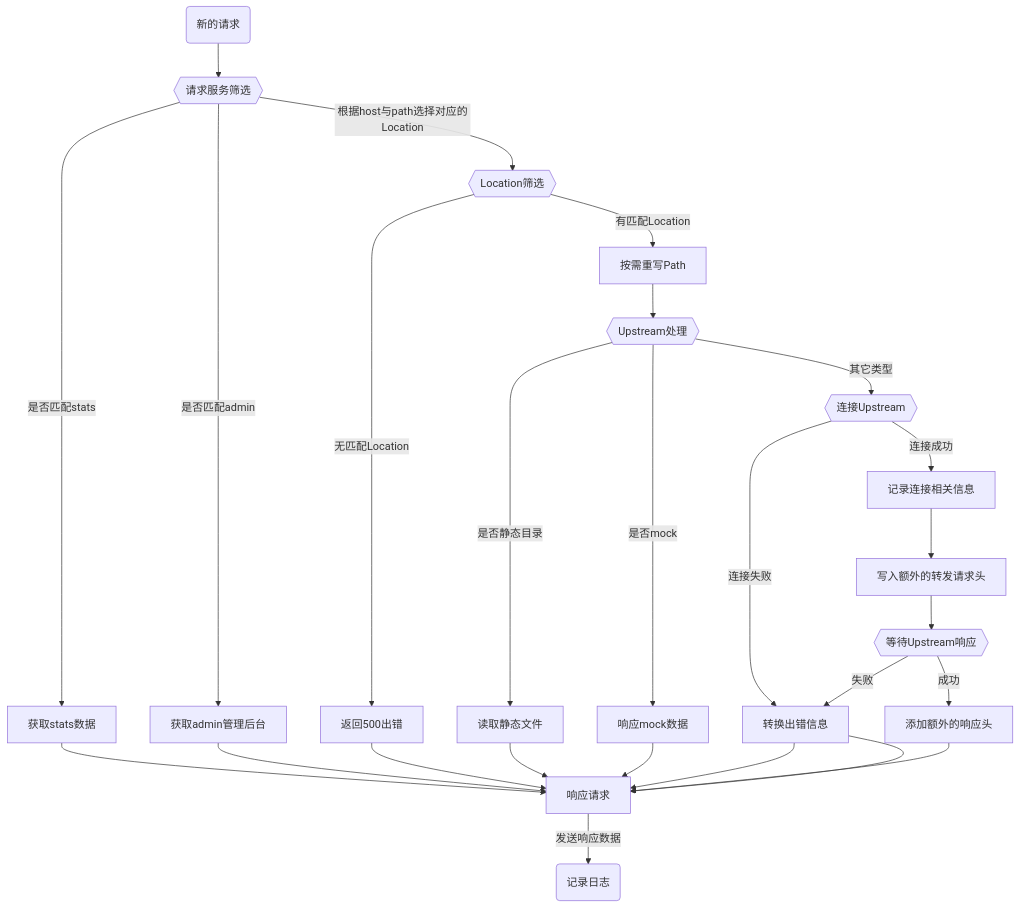
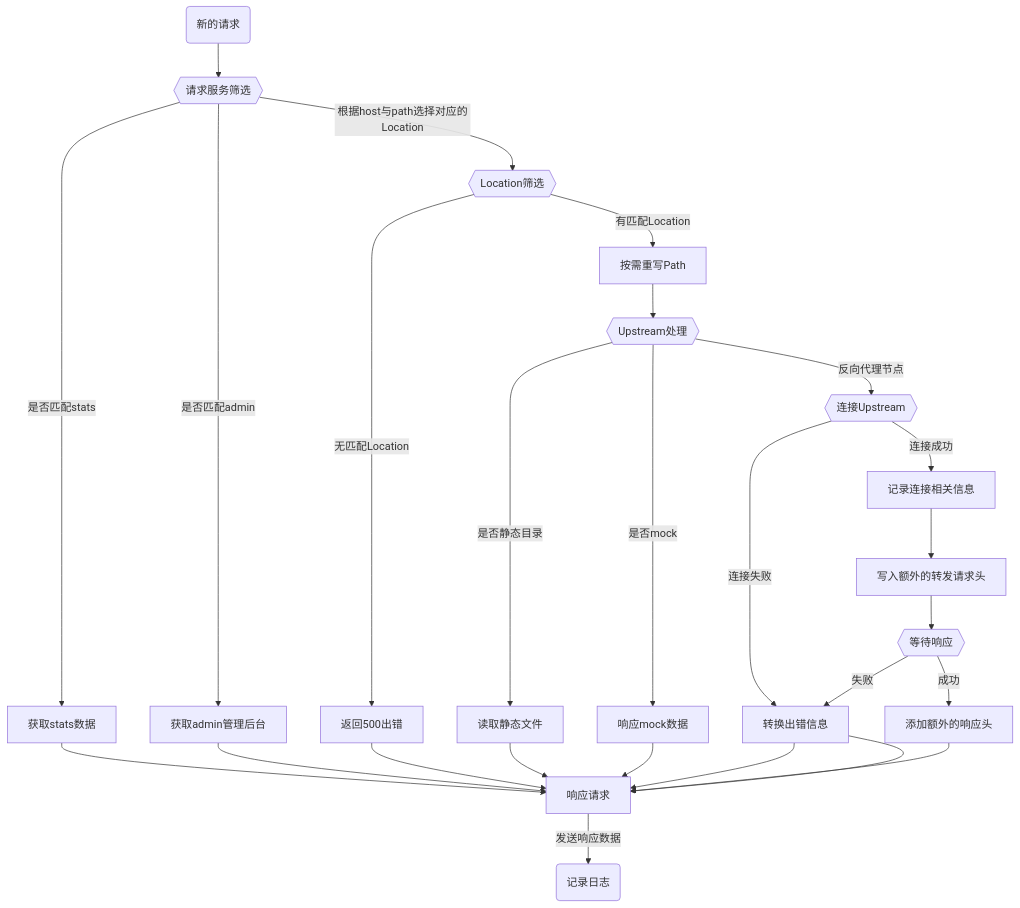
One commit to vicanso/pingap changed the diagram in docs/phase_chart_zh.md. Above: the diagram before and after it, drawn with Mermaid. The commit also changed 28 other files, not shown here.

````diff
--- a/docs/phase_chart_zh.md
+++ b/docs/phase_chart_zh.md
@@ -5,18 +5,18 @@
 ```mermaid
 graph TD;
     start("新的请求")-->ServiceFilter{{请求服务筛选}};
     ServiceFilter--是否匹配stats-->获取stats数据-->响应请求;
     ServiceFilter--是否匹配admin-->获取admin管理后台-->响应请求;
     ServiceFilter--根据host与path选择对应的Location-->LocationFilter{{Location筛选}};
     LocationFilter--无匹配Location-->返回500出错-->响应请求;
     LocationFilter--有匹配Location-->按需重写Path-->UpstreamHandle{{Upstream处理}};
     UpstreamHandle--是否静态目录-->读取静态文件-->响应请求;
     UpstreamHandle--是否mock-->响应mock数据-->响应请求;
-    UpstreamHandle--其它类型-->UpstreamServe{{连接Upstream}};
+    UpstreamHandle--反向代理节点-->UpstreamServe{{连接Upstream}};
     UpstreamServe--连接失败-->转换出错信息-->响应请求;
-    UpstreamServe--连接成功-->记录连接相关信息-->写入额外的转发请求头-->UpstreamResponse{{等待Upstream响应}};
+    UpstreamServe--连接成功-->记录连接相关信息-->写入额外的转发请求头-->UpstreamResponse{{等待响应}};
     UpstreamResponse--成功-->添加额外的响应头-->响应请求;
     UpstreamResponse--失败-->转换出错信息-->响应请求;
 
     响应请求--发送响应数据-->stop("记录日志");
 ```
````
